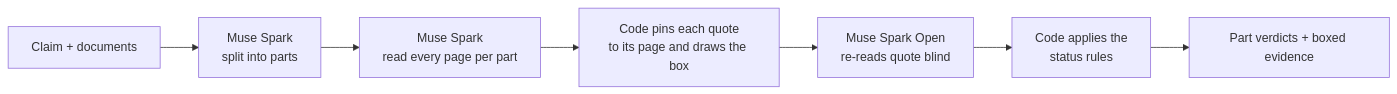
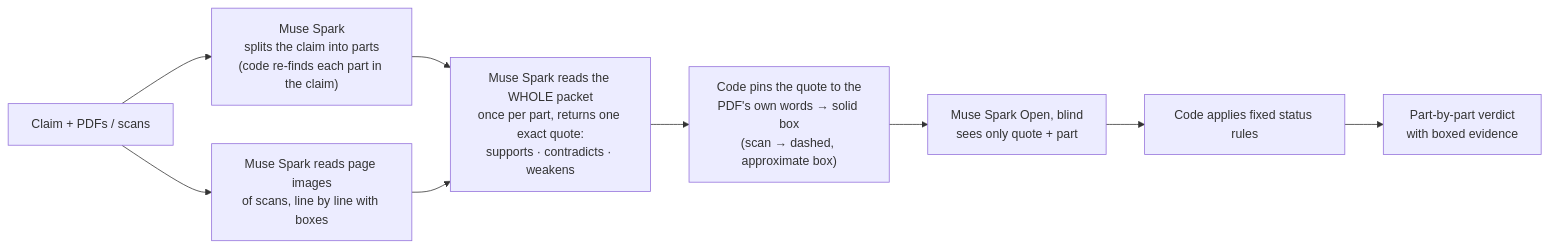
One commit to jhanvi0905/proofgraph changed the diagram in README.md. Above: the diagram before and after it, drawn with Mermaid. The commit also changed other lines of this file, not shown here.

````diff
--- a/README.md
+++ b/README.md
@@ -119,9 +35,11 @@
 ```mermaid
 flowchart LR
-    A[Claim + documents] --> B[Muse Spark<br/>split into parts]
-    B --> C[Muse Spark<br/>read every page per part]
-    C --> D[Code pins each quote<br/>to its page and draws the box]
-    D --> E[Muse Spark Open<br/>re-reads quote blind]
-    E --> F[Code applies the<br/>status rules]
-    F --> G[Part verdicts + boxed evidence]
+    A[Claim + PDFs / scans] --> B["Muse Spark<br/>splits the claim into parts<br/>(code re-finds each part in the claim)"]
+    A --> S["Muse Spark reads page images<br/>of scans, line by line with boxes"]
+    B --> C["Muse Spark reads the WHOLE packet<br/>once per part, returns one exact quote:<br/>supports · contradicts · weakens"]
+    S --> C
+    C --> D["Code pins the quote to the<br/>PDF's own words → solid box<br/>(scan → dashed, approximate box)"]
+    D --> E["Muse Spark Open, blind<br/>sees only quote + part"]
+    E --> F["Code applies fixed status rules"]
+    F --> G[Part-by-part verdict<br/>with boxed evidence]
 ```
````
